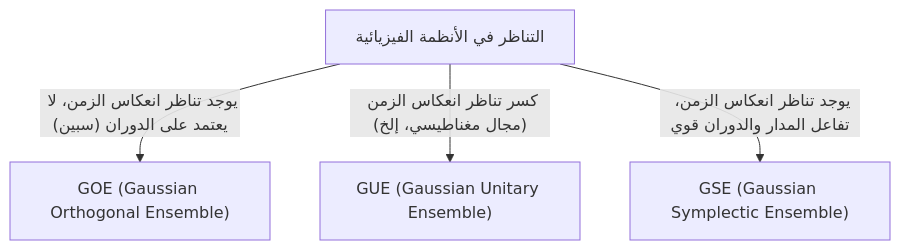
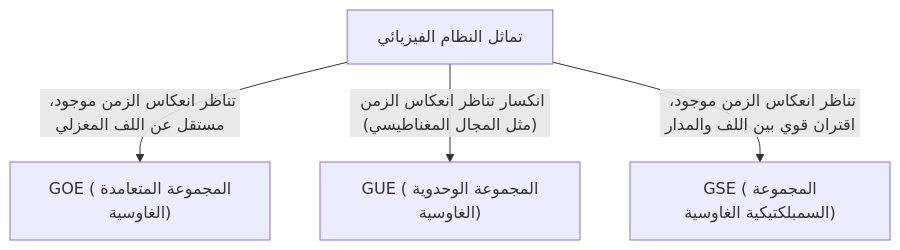
Before and after one commit to kenjinote/blog: the diagram in content/post/random-matrix-theory/index.ar.md, drawn with Mermaid. The commit also changed other lines of this file and 11 other files, not shown here.

````diff
--- a/content/post/random-matrix-theory/index.ar.md
+++ b/content/post/random-matrix-theory/index.ar.md
@@ -43,6 +43,6 @@
 ```mermaid
 graph TD
-    A["التناظر في الأنظمة الفيزيائية"] -- "يوجد تناظر انعكاس الزمن، لا يعتمد على الدوران (سبين)" --> B["GOE (Gaussian Orthogonal Ensemble)"]
-    A -- "كسر تناظر انعكاس الزمن (مجال مغناطيسي، إلخ)" --> C["GUE (Gaussian Unitary Ensemble)"]
-    A -- "يوجد تناظر انعكاس الزمن، تفاعل المدار والدوران قوي" --> D["GSE (Gaussian Symplectic Ensemble)"]
+    A["تماثل النظام الفيزيائي"] -- "تناظر انعكاس الزمن موجود، مستقل عن اللف المغزلي" --> B["GOE (المجموعة المتعامدة الغاوسية)"]
+    A -- "انكسار تناظر انعكاس الزمن (مثل المجال المغناطيسي)" --> C["GUE (المجموعة الوحدوية الغاوسية)"]
+    A -- "تناظر انعكاس الزمن موجود، اقتران قوي بين اللف والمدار" --> D["GSE (المجموعة السمبلكتيكية الغاوسية)"]
 ```
````
